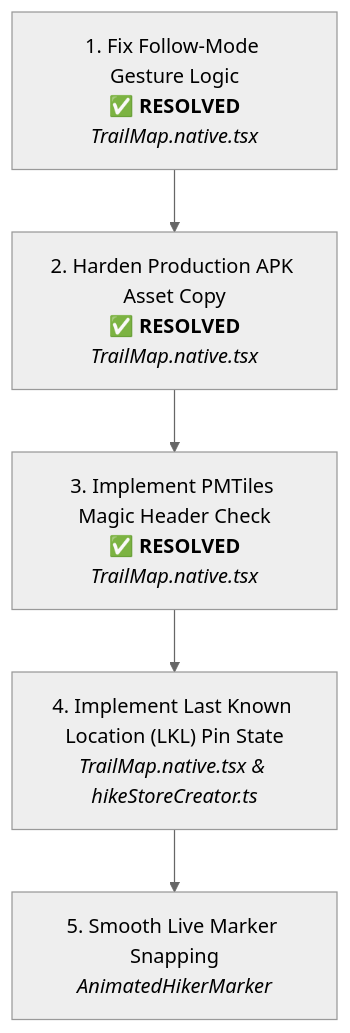
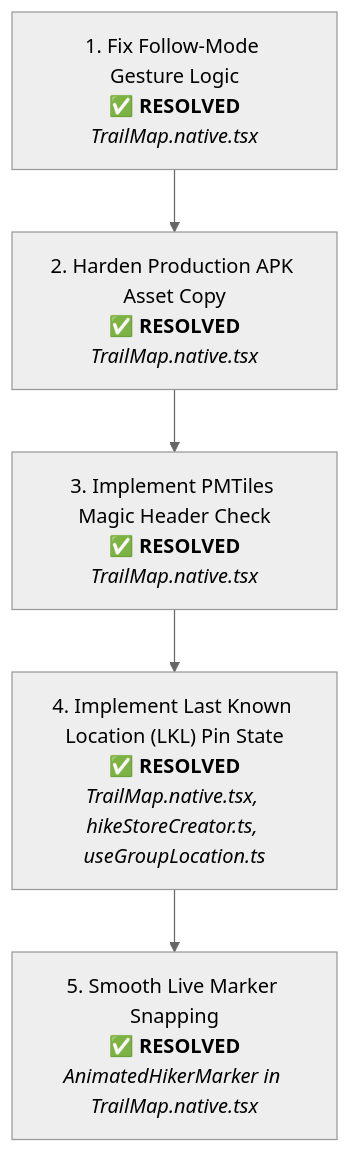
The diagram in plans/MAP_SYSTEM_AUDIT_REPORT.md (arREY-N/thrail_app), drawn with Mermaid (neutral theme) before and after one commit. The commit also changed other lines of this file, not shown here.

First line of the commit message:
docs(audit): update map audit report with Items 10-12 resolutions and field testing protocols

````diff
--- a/plans/MAP_SYSTEM_AUDIT_REPORT.md
+++ b/plans/MAP_SYSTEM_AUDIT_REPORT.md
@@ -177,7 +209,7 @@
 ```mermaid
 graph TD
     Item1["1. Fix Follow-Mode Gesture Logic<br><b>✅ RESOLVED</b><br><i>TrailMap.native.tsx</i>"] --> Item2["2. Harden Production APK Asset Copy<br><b>✅ RESOLVED</b><br><i>TrailMap.native.tsx</i>"]
     Item2 --> Item3["3. Implement PMTiles Magic Header Check<br><b>✅ RESOLVED</b><br><i>TrailMap.native.tsx</i>"]
-    Item3 --> Item4["4. Implement Last Known Location (LKL) Pin State<br><i>TrailMap.native.tsx & hikeStoreCreator.ts</i>"]
-    Item4 --> Item5["5. Smooth Live Marker Snapping<br><i>AnimatedHikerMarker</i>"]
+    Item3 --> Item4["4. Implement Last Known Location (LKL) Pin State<br><b>✅ RESOLVED</b><br><i>TrailMap.native.tsx, hikeStoreCreator.ts, useGroupLocation.ts</i>"]
+    Item4 --> Item5["5. Smooth Live Marker Snapping<br><b>✅ RESOLVED</b><br><i>AnimatedHikerMarker in TrailMap.native.tsx</i>"]
 ```
````
